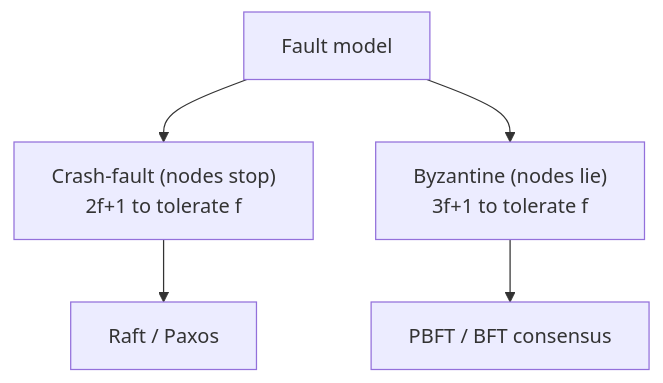
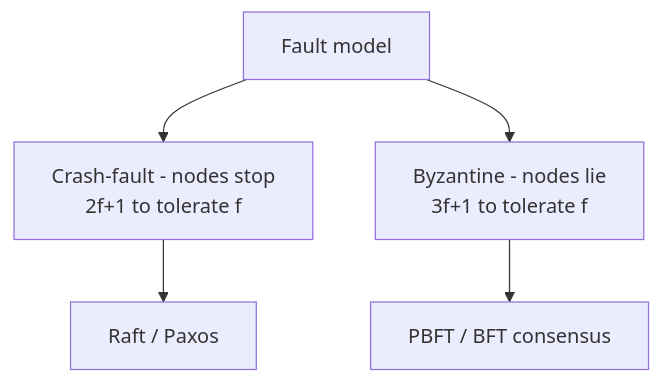
Before and after one commit to RIT-MESH/system-design-mastery: the second of 2 diagrams in docs/04-distributed-systems/02-consensus.md, drawn with Mermaid. The commit also changed 139 other files, not shown here.

First line of the commit message:
Fix Mermaid parse errors: replace parentheses in node labels across 140 files

````diff
--- a/docs/04-distributed-systems/02-consensus.md
+++ b/docs/04-distributed-systems/02-consensus.md
@@ -61,9 +61,9 @@
 ```mermaid
 %% created-for: system-design-mastery
 flowchart TB
   F["Fault model"]
-  F --> CFT["Crash-fault (nodes stop)<br/>2f+1 to tolerate f"]
-  F --> BFT["Byzantine (nodes lie)<br/>3f+1 to tolerate f"]
+  F --> CFT["Crash-fault - nodes stop<br/>2f+1 to tolerate f"]
+  F --> BFT["Byzantine - nodes lie<br/>3f+1 to tolerate f"]
   CFT --> Algos["Raft / Paxos"]
   BFT --> AlgosB["PBFT / BFT consensus"]
 ```
````
